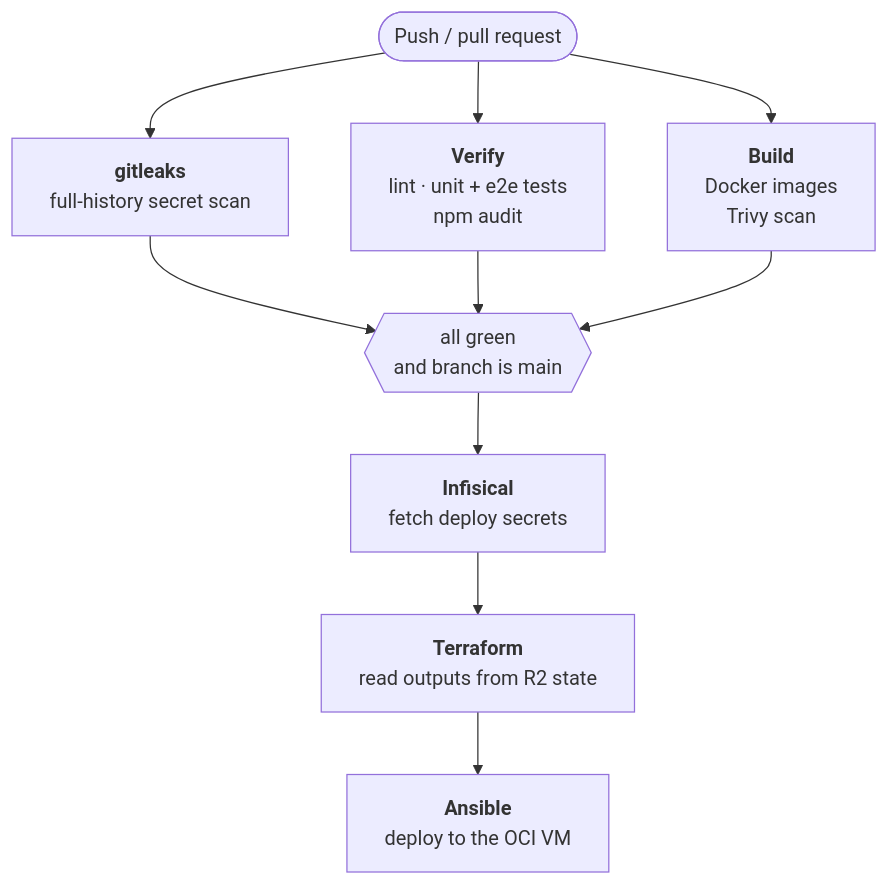
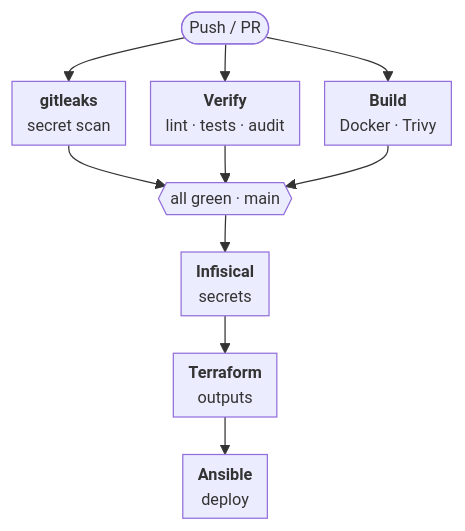
One commit to socah/bggg changed the third of 3 diagrams in README.md. Above: the diagram before and after it, drawn with Mermaid. The commit also changed other lines of this file, not shown here.

First line of the commit message:
Make README diagrams more compact

````diff
--- a/README.md
+++ b/README.md
@@ -131,19 +142,22 @@
 ```mermaid
+---
+config:
+  flowchart:
+    nodeSpacing: 20
+    rankSpacing: 30
+    padding: 6
+  themeVariables:
+    fontSize: 13px
+---
 flowchart TB
-    pr(["Push / pull request"])
+    pr(["Push / PR"])
+    scan["<b>gitleaks</b><br/>secret scan"]
+    verify["<b>Verify</b><br/>lint · tests · audit"]
+    build["<b>Build</b><br/>Docker · Trivy"]
+    gate{{"all green · main"}}
+    inf["<b>Infisical</b><br/>secrets"]
+    tf["<b>Terraform</b><br/>outputs"]
+    ans["<b>Ansible</b><br/>deploy"]
 
-    scan["<b>gitleaks</b><br/>full-history secret scan"]
-    verify["<b>Verify</b><br/>lint · unit + e2e tests<br/>npm audit"]
-    build["<b>Build</b><br/>Docker images<br/>Trivy scan"]
-
-    pr --> scan & verify & build
-
-    inf["<b>Infisical</b><br/>fetch deploy secrets"]
-    tf["<b>Terraform</b><br/>read outputs from R2 state"]
-    ans["<b>Ansible</b><br/>deploy to the OCI VM"]
-
-    gate{{"all green<br/>and branch is main"}}
-    scan & verify & build --> gate
-    gate --> inf
-    inf --> tf --> ans
+    pr --> scan & verify & build --> gate --> inf --> tf --> ans
 ```
````
